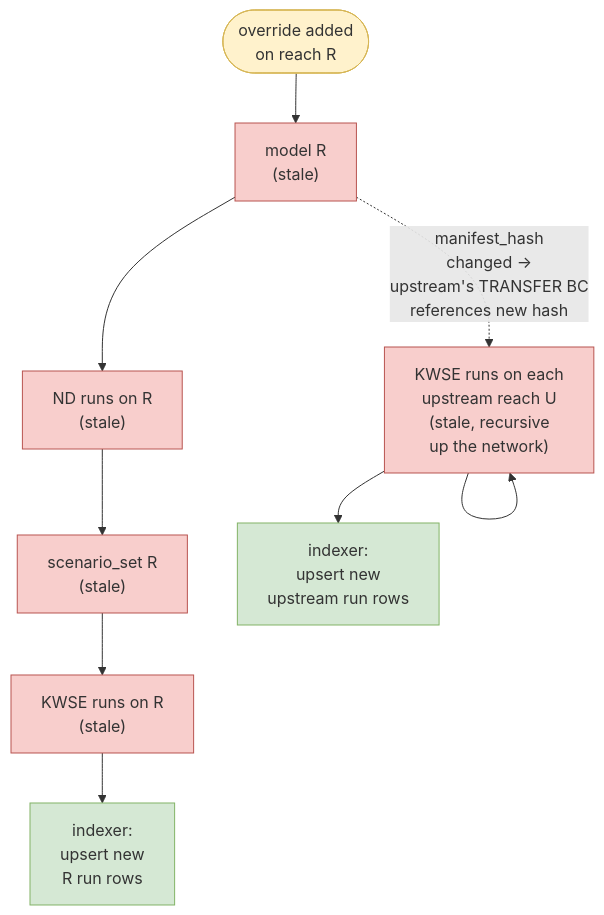
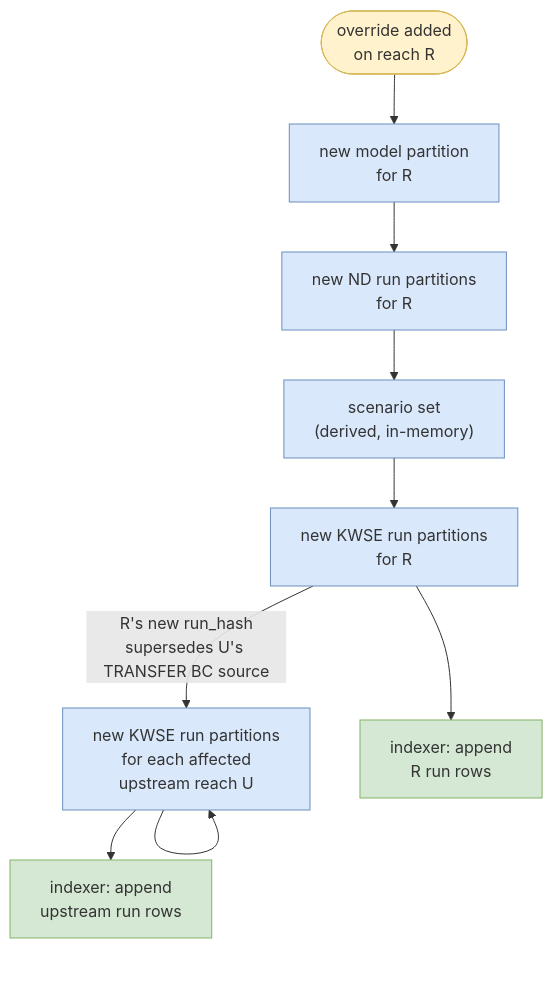
One commit to NOAA-OWP/twod-fim-knowledge-base changed the diagram in system-design/specs/triggers-and-invalidation.md. Above: the diagram before and after it, drawn with Mermaid. The commit also changed other lines of this file and 1 other file, not shown here.

````diff
--- a/system-design/specs/triggers-and-invalidation.md
+++ b/system-design/specs/triggers-and-invalidation.md
@@ -63,21 +75,21 @@
 ```mermaid
 flowchart TD
     OV(["override added<br/>on reach R"])
-    OV --> MR["model R<br/>(stale)"]
-    MR --> NDR["ND runs on R<br/>(stale)"]
-    NDR --> SSR["scenario_set R<br/>(stale)"]
-    SSR --> KWR["KWSE runs on R<br/>(stale)"]
+    OV --> MR["new model partition<br/>for R"]
+    MR --> NDR["new ND run partitions<br/>for R"]
+    NDR --> SSR["scenario set<br/>(derived, in-memory)"]
+    SSR --> KWR["new KWSE run partitions<br/>for R"]
 
-    MR -. "manifest_hash<br/>changed →<br/>upstream's TRANSFER BC<br/>references new hash" .-> UPS["KWSE runs on each<br/>upstream reach U<br/>(stale, recursive<br/>up the network)"]
+    KWR -- "R's new run_hash<br/>supersedes U's TRANSFER BC source" --> UPS["new KWSE run partitions<br/>for each affected<br/>upstream reach U"]
 
-    KWR --> IDX1["indexer:<br/>upsert new<br/>R run rows"]
-    UPS --> IDX2["indexer:<br/>upsert new<br/>upstream run rows"]
+    KWR --> IDX1["indexer: append<br/>R run rows"]
+    UPS --> IDX2["indexer: append<br/>upstream run rows"]
     UPS --> UPS
 
     classDef trigger fill:#fff2cc,stroke:#d6b656
-    classDef stale fill:#f8cecc,stroke:#b85450
+    classDef newpartition fill:#dae8fc,stroke:#6c8ebf
     classDef done fill:#d5e8d4,stroke:#82b366
     class OV trigger
-    class MR,NDR,SSR,KWR,UPS stale
+    class MR,NDR,SSR,KWR,UPS newpartition
     class IDX1,IDX2 done
 ```
````
